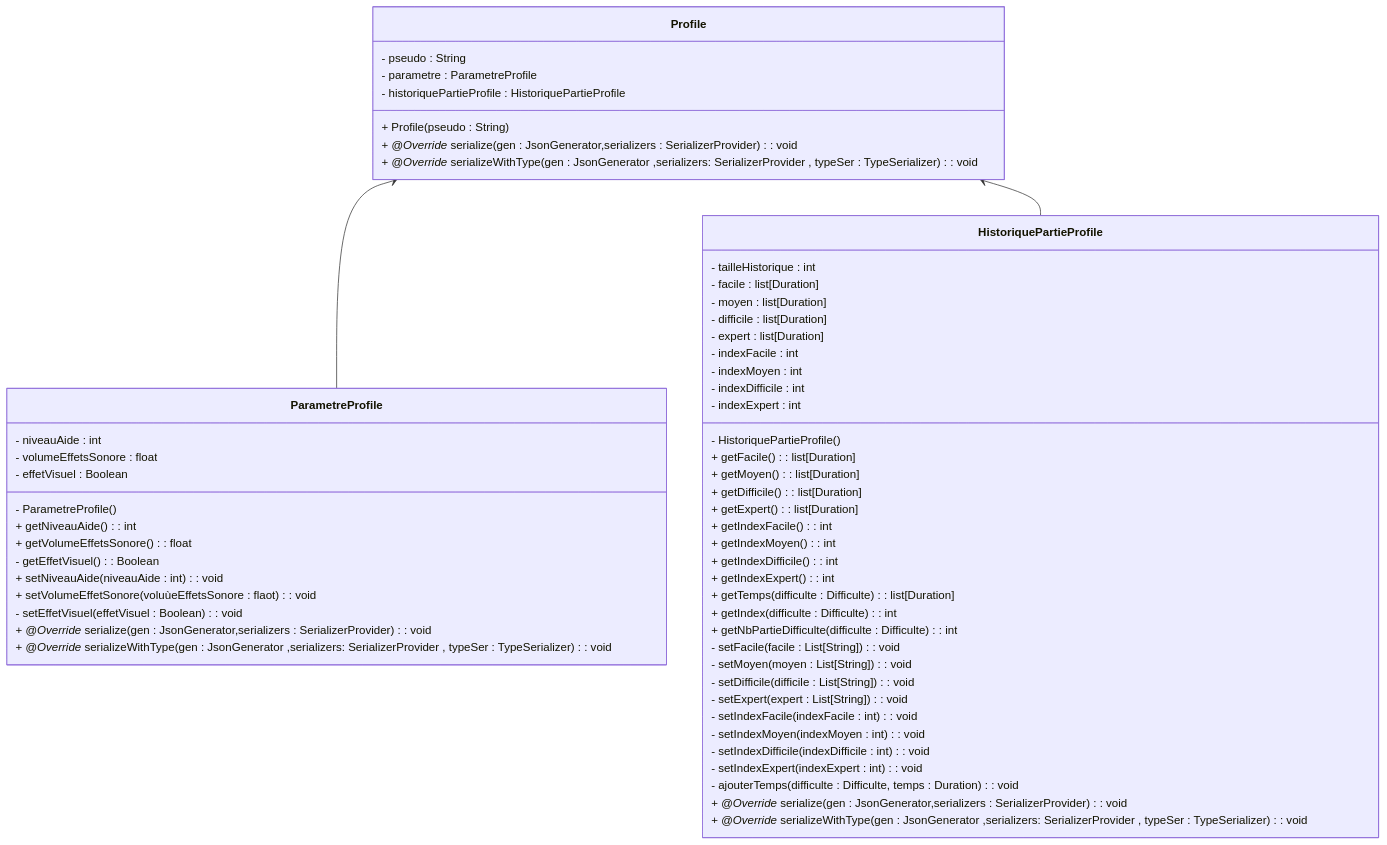
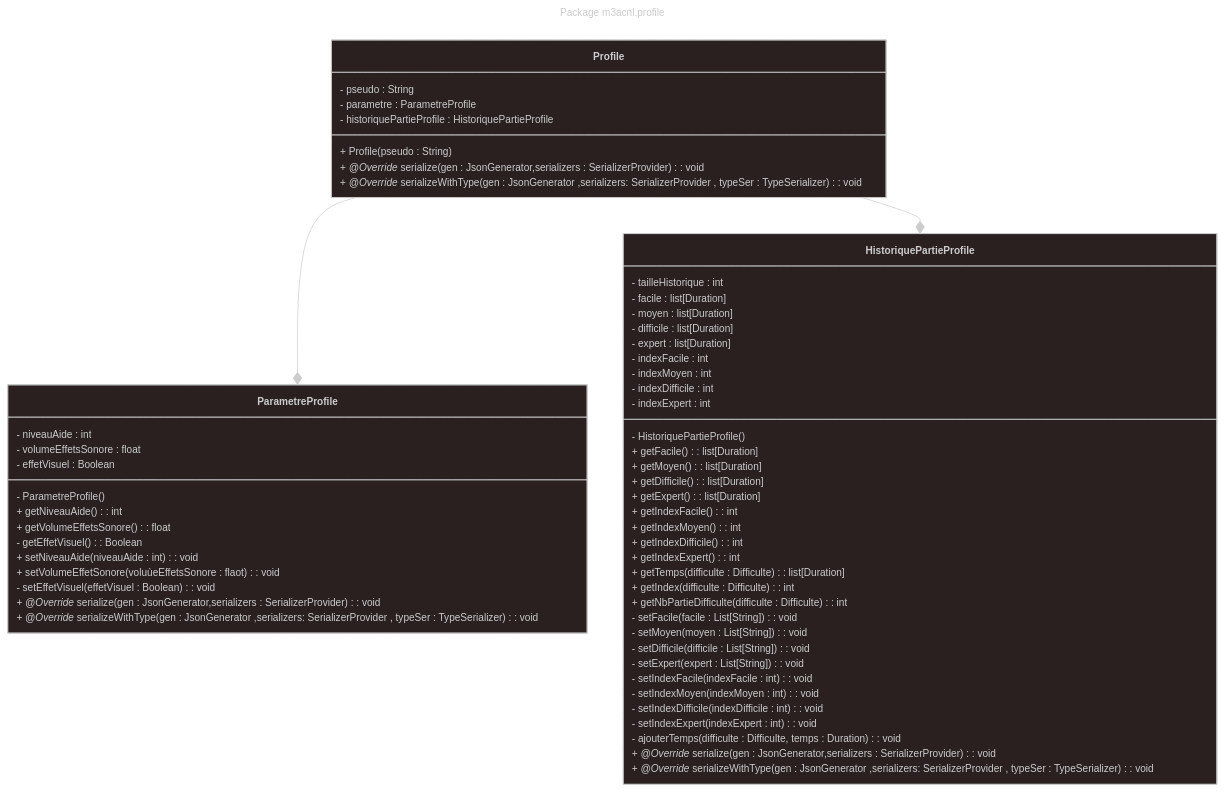
One commit to Gr4-M3ACNL/documents changed the diagram in DiagrammeClasse/profile.mmd. Above: the diagram before and after it, drawn with Mermaid. The commit also changed other lines of this file and 9 other files, not shown here.

Commit message:
docs: diagrame

```diff
--- a/DiagrammeClasse/profile.mmd
+++ b/DiagrammeClasse/profile.mmd
@@ -1,64 +1,70 @@
+---
+config:
+  theme: neo-dark
+title: Package m3acnl.profile
+---
+
 classDiagram
 direction TB
     class Profile{
         - pseudo : String
         - parametre : ParametreProfile
         - historiquePartieProfile : HistoriquePartieProfile
         + Profile(pseudo : String)
         + *@Override* serialize(gen : JsonGenerator,serializers : SerializerProvider ) : void
         + *@Override* serializeWithType(gen : JsonGenerator ,serializers: SerializerProvider , typeSer : TypeSerializer ) : void
     }
 
     class ParametreProfile{
         - niveauAide : int
         - volumeEffetsSonore : float
         - effetVisuel : Boolean
         - ParametreProfile()
         + getNiveauAide() : int
         + getVolumeEffetsSonore() : float
         - getEffetVisuel() : Boolean
         + setNiveauAide(niveauAide : int) : void
         + setVolumeEffetSonore(voluùeEffetsSonore : flaot) : void
         - setEffetVisuel(effetVisuel : Boolean) : void
         + *@Override* serialize(gen : JsonGenerator,serializers : SerializerProvider ) : void
         + *@Override* serializeWithType(gen : JsonGenerator ,serializers: SerializerProvider , typeSer : TypeSerializer ) : void
     }
 
     class HistoriquePartieProfile{
         - tailleHistorique : int
         - facile : list[Duration]
         - moyen : list[Duration]
         - difficile : list[Duration]
         - expert : list[Duration]
         - indexFacile : int
         - indexMoyen : int
         - indexDifficile : int
         - indexExpert : int
         - HistoriquePartieProfile()
         + getFacile() : list[Duration]
         + getMoyen() : list[Duration]
         + getDifficile() : list[Duration]
         + getExpert() : list[Duration]
         + getIndexFacile() : int
         + getIndexMoyen() : int
         + getIndexDifficile() : int
         + getIndexExpert() : int
         + getTemps(difficulte : Difficulte) : list[Duration]
         + getIndex(difficulte : Difficulte) : int
         + getNbPartieDifficulte(difficulte : Difficulte) : int
         - setFacile(facile : List[String]) : void
         - setMoyen(moyen : List[String]) : void
         - setDifficile(difficile : List[String]) : void
         - setExpert(expert : List[String]) : void
         - setIndexFacile(indexFacile : int) : void
         - setIndexMoyen(indexMoyen : int) : void
         - setIndexDifficile(indexDifficile : int) : void
         - setIndexExpert(indexExpert : int) : void
         - ajouterTemps(difficulte : Difficulte, temps : Duration) : void
         + *@Override* serialize(gen : JsonGenerator,serializers : SerializerProvider ) : void
         + *@Override* serializeWithType(gen : JsonGenerator ,serializers: SerializerProvider , typeSer : TypeSerializer ) : void
     
     }
 
-    Profile <-- ParametreProfile
-    Profile <-- HistoriquePartieProfile
+    Profile --* ParametreProfile
+    Profile --* HistoriquePartieProfile
```
